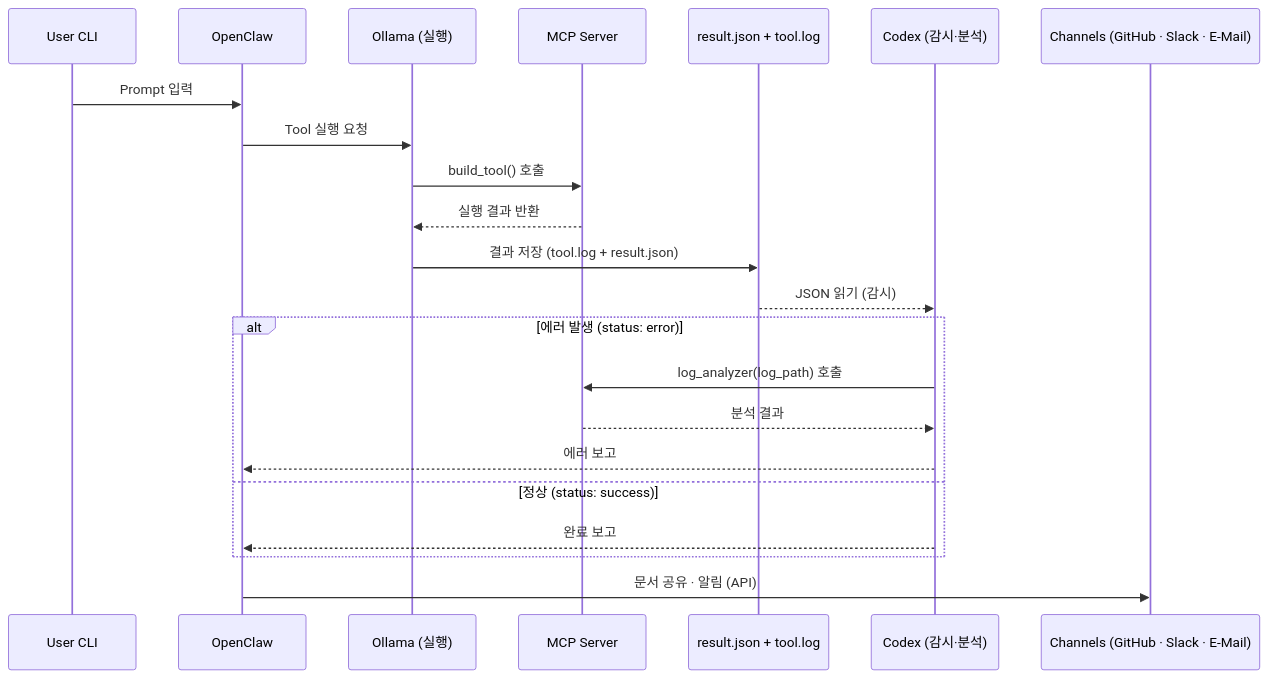
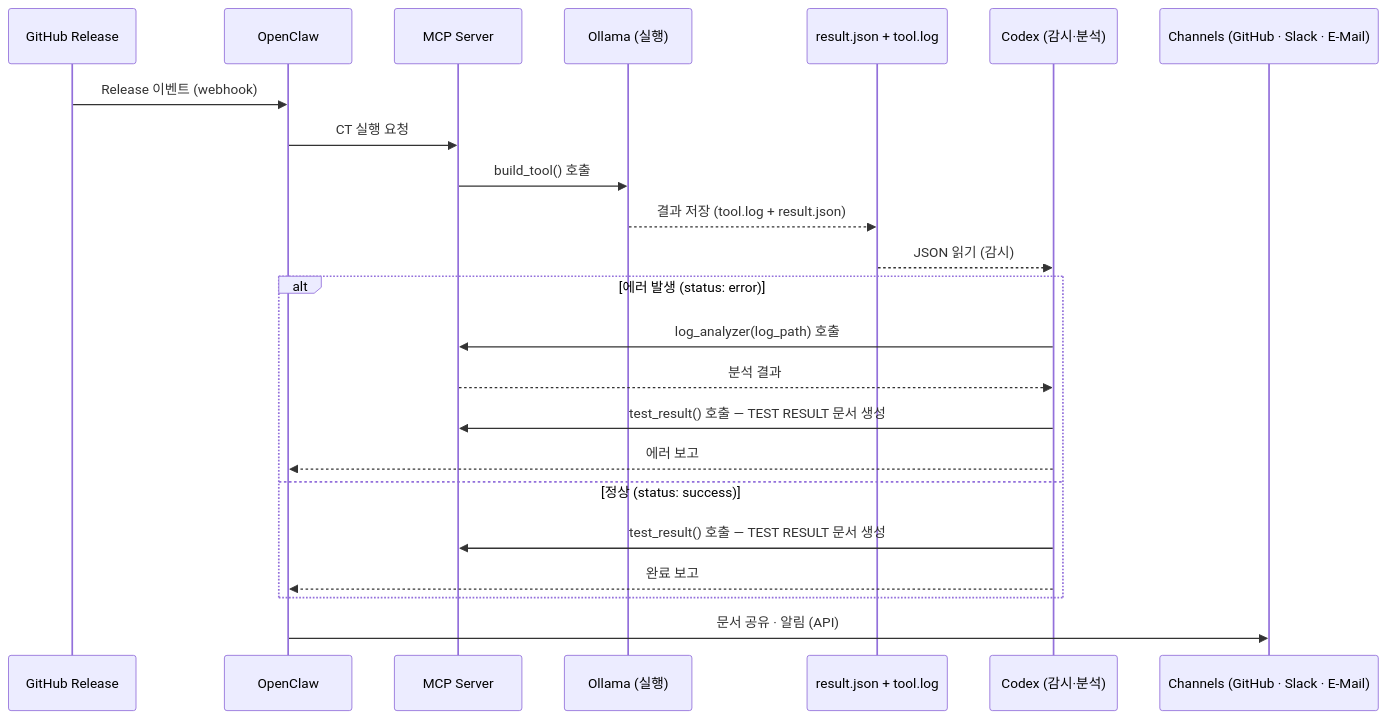
The first of 2 diagrams in docs/mcp/mcp_server.md (JeonghunLee/local-ai-agent-mcp), drawn with Mermaid before and after one commit. The commit also changed other lines of this file and 3 other files, not shown here.

````diff
--- a/docs/mcp/mcp_server.md
+++ b/docs/mcp/mcp_server.md
@@ -38,25 +53,26 @@
 ```mermaid
 sequenceDiagram
-    participant U as User CLI
+    participant GH as GitHub Release
     participant OC as OpenClaw
+    participant M as MCP Server
     participant OL as Ollama (실행)
-    participant M as MCP Server
     participant J as result.json + tool.log
     participant CX as Codex (감시·분석)
     participant CH as Channels (GitHub · Slack · E-Mail)
 
-    U->>OC: Prompt 입력
-    OC->>OL: Tool 실행 요청
-    OL->>M: build_tool() 호출
-    M-->>OL: 실행 결과 반환
-    OL->>J: 결과 저장 (tool.log + result.json)
+    GH->>OC: Release 이벤트 (webhook)
+    OC->>M: CT 실행 요청
+    M->>OL: build_tool() 호출
+    OL-->>J: 결과 저장 (tool.log + result.json)
     J-->>CX: JSON 읽기 (감시)
     alt 에러 발생 (status: error)
         CX->>M: log_analyzer(log_path) 호출
         M-->>CX: 분석 결과
+        CX->>M: test_result() 호출 — TEST RESULT 문서 생성
         CX-->>OC: 에러 보고
     else 정상 (status: success)
+        CX->>M: test_result() 호출 — TEST RESULT 문서 생성
         CX-->>OC: 완료 보고
     end
     OC->>CH: 문서 공유 · 알림 (API)
 ```
````
